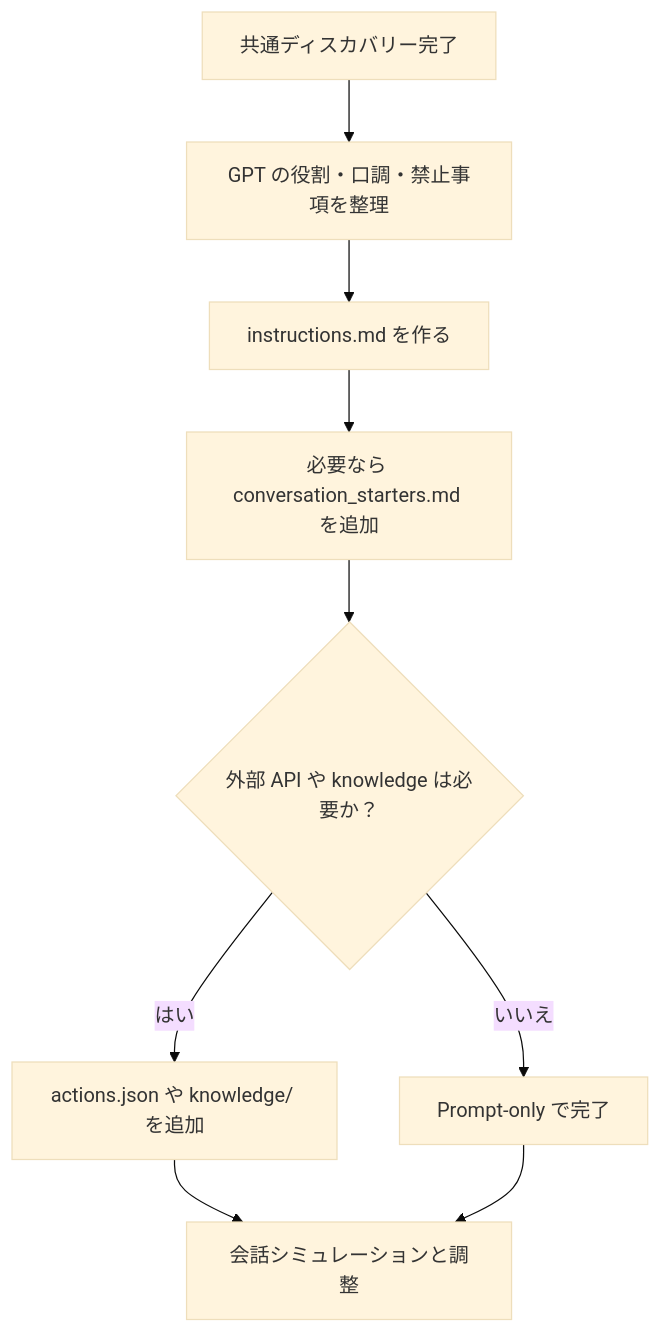
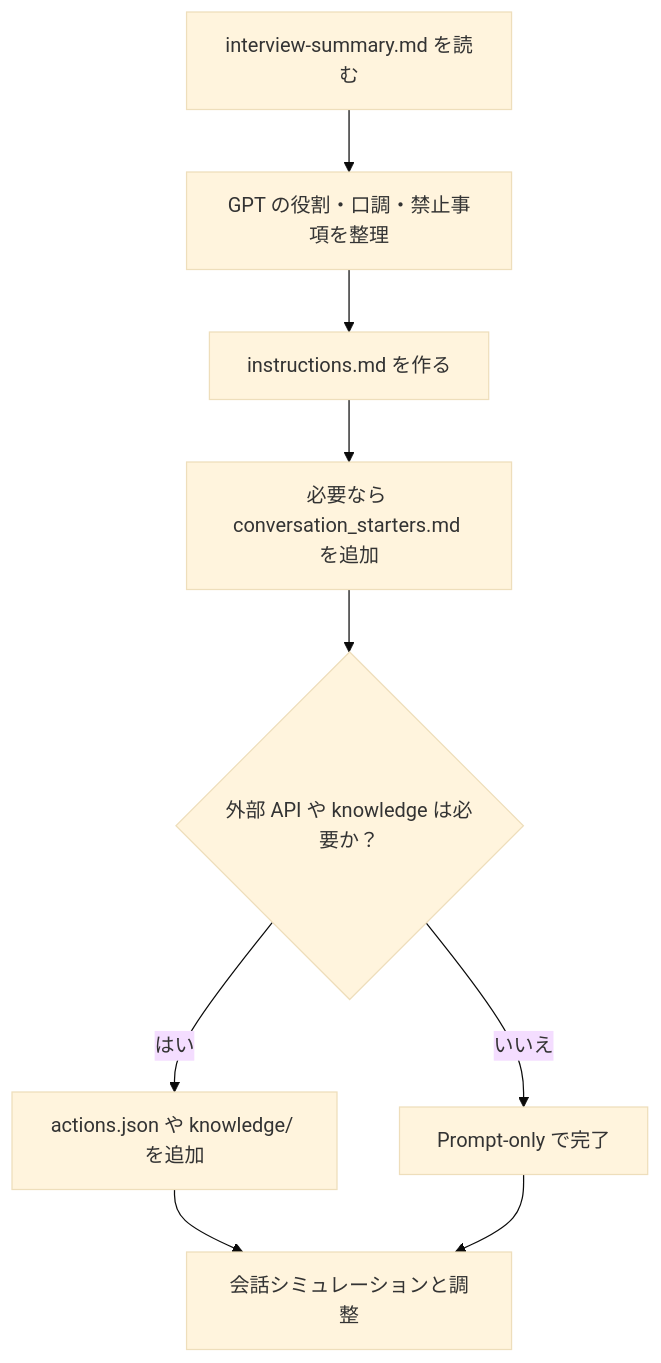
The third of 4 diagrams in README.md (ryota-nakazawa/ultra_sprint_harness), drawn with Mermaid (base theme) before and after one commit. The commit also changed other lines of this file and 4 other files, not shown here.

````diff
--- a/README.md
+++ b/README.md
@@ -98,11 +114,11 @@
 ```mermaid
 flowchart TD
-    A["共通ディスカバリー完了"] --> B["GPT の役割・口調・禁止事項を整理"]
+    A["interview-summary.md を読む"] --> B["GPT の役割・口調・禁止事項を整理"]
     B --> C["instructions.md を作る"]
     C --> D["必要なら conversation_starters.md を追加"]
     D --> E{"外部 API や knowledge は必要か？"}
     E -->|はい| F["actions.json や knowledge/ を追加"]
     E -->|いいえ| G["Prompt-only で完了"]
     F --> H["会話シミュレーションと調整"]
     G --> H
 ```
````
